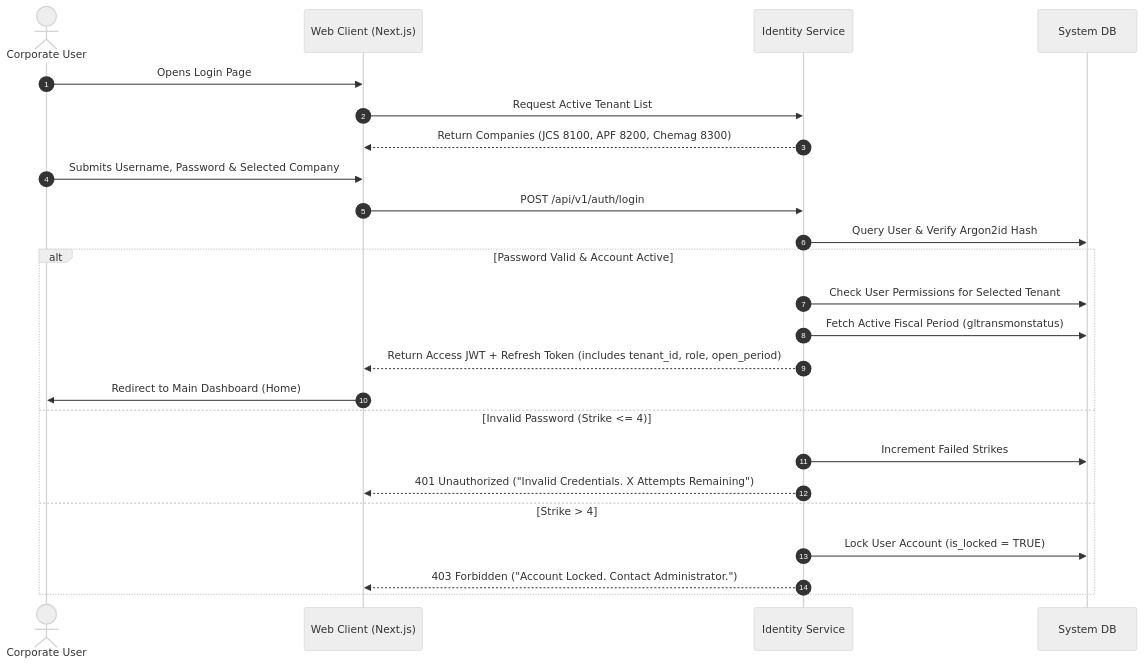
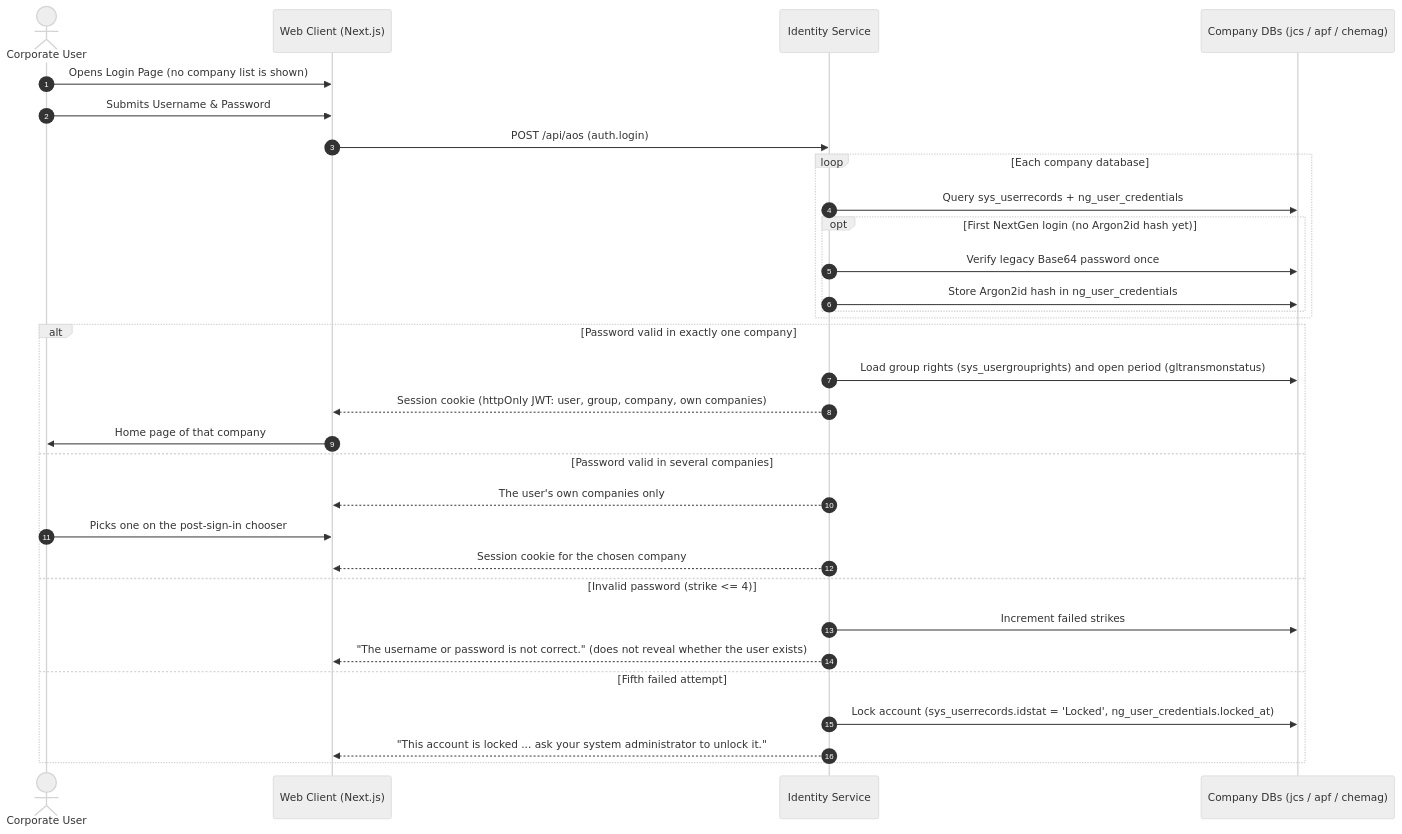
The second of 5 diagrams in PLAN.md (felixparejapmdit/JCS-Co-Web), drawn with Mermaid (neutral theme) before and after one commit. The commit also changed other lines of this file and 166 other files, not shown here.

First line of the commit message:
feat: Cloud AOS on the legacy AOS100 tables, private sign-in and client headers

````diff
--- a/PLAN.md
+++ b/PLAN.md
@@ -877,27 +1327,34 @@
 ```mermaid
 sequenceDiagram
     autonumber
     actor User as Corporate User
     participant Web as Web Client (Next.js)
     participant Auth as Identity Service
-    participant DB as System DB
-    
-    User->>Web: Opens Login Page
-    Web->>Auth: Request Active Tenant List
-    Auth-->>Web: Return Companies (JCS 8100, APF 8200, Chemag 8300)
-    User->>Web: Submits Username, Password & Selected Company
-    Web->>Auth: POST /api/v1/auth/login
-    Auth->>DB: Query User & Verify Argon2id Hash
-    alt Password Valid & Account Active
-        Auth->>DB: Check User Permissions for Selected Tenant
-        Auth->>DB: Fetch Active Fiscal Period (gltransmonstatus)
-        Auth-->>Web: Return Access JWT + Refresh Token (includes tenant_id, role, open_period)
-        Web->>User: Redirect to Main Dashboard (Home)
-    else Invalid Password (Strike <= 4)
-        Auth->>DB: Increment Failed Strikes
-        Auth-->>Web: 401 Unauthorized ("Invalid Credentials. X Attempts Remaining")
-    else Strike > 4
-        Auth->>DB: Lock User Account (is_locked = TRUE)
-        Auth-->>Web: 403 Forbidden ("Account Locked. Contact Administrator.")
+    participant DB as Company DBs (jcs / apf / chemag)
+
+    User->>Web: Opens Login Page (no company list is shown)
+    User->>Web: Submits Username & Password
+    Web->>Auth: POST /api/aos (auth.login)
+    loop Each company database
+        Auth->>DB: Query sys_userrecords + ng_user_credentials
+        opt First NextGen login (no Argon2id hash yet)
+            Auth->>DB: Verify legacy Base64 password once
+            Auth->>DB: Store Argon2id hash in ng_user_credentials
+        end
+    end
+    alt Password valid in exactly one company
+        Auth->>DB: Load group rights (sys_usergrouprights) and open period (gltransmonstatus)
+        Auth-->>Web: Session cookie (httpOnly JWT: user, group, company, own companies)
+        Web->>User: Home page of that company
+    else Password valid in several companies
+        Auth-->>Web: The user's own companies only
+        User->>Web: Picks one on the post-sign-in chooser
+        Auth-->>Web: Session cookie for the chosen company
+    else Invalid password (strike <= 4)
+        Auth->>DB: Increment failed strikes
+        Auth-->>Web: "The username or password is not correct." (does not reveal whether the user exists)
+    else Fifth failed attempt
+        Auth->>DB: Lock account (sys_userrecords.idstat = 'Locked', ng_user_credentials.locked_at)
+        Auth-->>Web: "This account is locked ... ask your system administrator to unlock it."
     end
 ```
````
